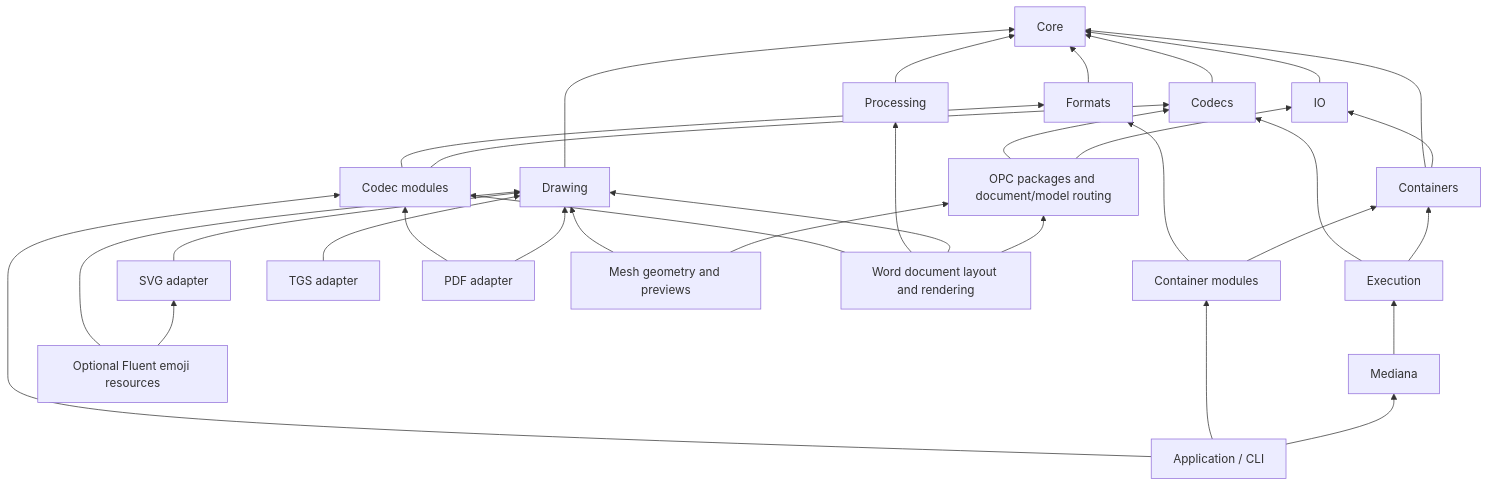
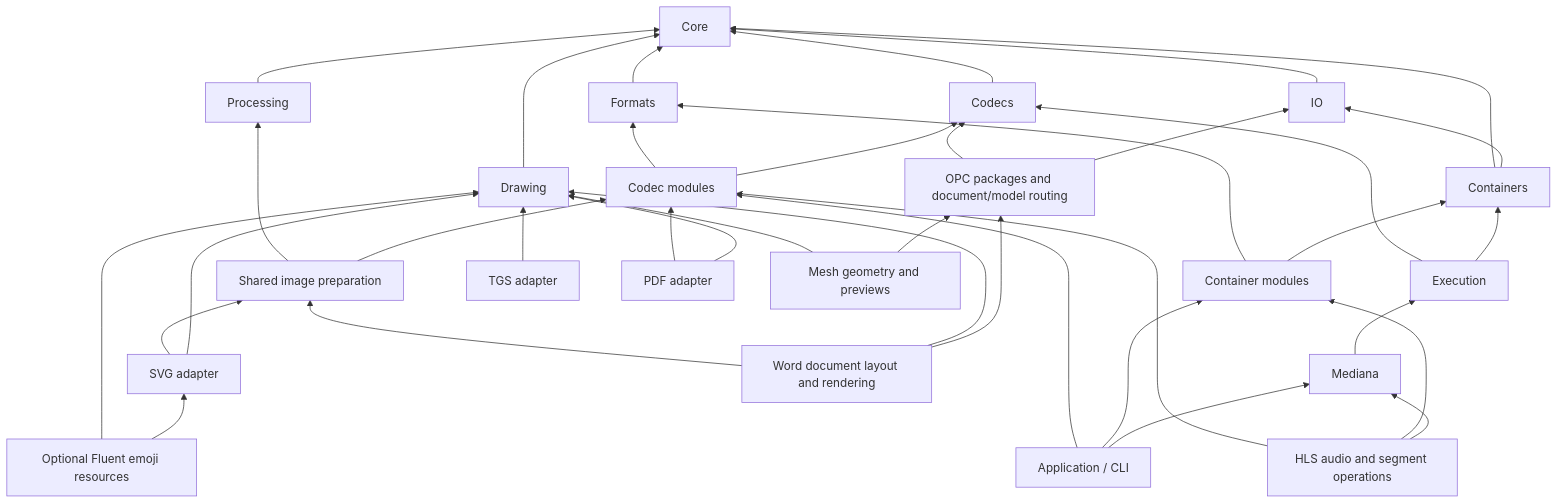
Before and after one commit to bvdcode/Mediana: the diagram in docs/architecture.md, drawn with Mermaid. The commit also changed 3 other files, not shown here.

Commit message:
Document shared image preparation and reusable HLS audio APIs

````diff
--- a/docs/architecture.md
+++ b/docs/architecture.md
@@ -7,34 +7,39 @@
 ```mermaid
 flowchart BT
     IO --> Core
     Formats --> Core
     Containers --> IO
     Containers --> Core
     Codecs --> Core
     Drawing --> Core
     Processing --> Core
+    Imaging[Shared image preparation] --> CodecModules
+    Imaging --> Processing
     ContainerModules[Container modules] --> Containers
     ContainerModules --> Formats
     CodecModules[Codec modules] --> Codecs
     CodecModules --> Formats
     Execution --> Containers
     Execution --> Codecs
     Mediana --> Execution
     Svg[SVG adapter] --> Drawing
+    Svg --> Imaging
     Fluent[Optional Fluent emoji resources] --> Svg
     Fluent --> Drawing
     Tgs[TGS adapter] --> Drawing
     Pdf[PDF adapter] --> Drawing
     Pdf --> CodecModules
     OpenXml[OPC packages and document/model routing] --> IO
     Mesh[Mesh geometry and previews] --> OpenXml
     Mesh --> Drawing
     OpenXml --> Codecs
     Word[Word document layout and rendering] --> OpenXml
     Word --> Drawing
-    Word --> Processing
-    Word --> CodecModules
+    Word --> Imaging
+    Hls[HLS audio and segment operations] --> Mediana
+    Hls --> ContainerModules
+    Hls --> CodecModules
     Application[Application / CLI] --> Mediana
     Application --> ContainerModules
     Application --> CodecModules
 ```
````
